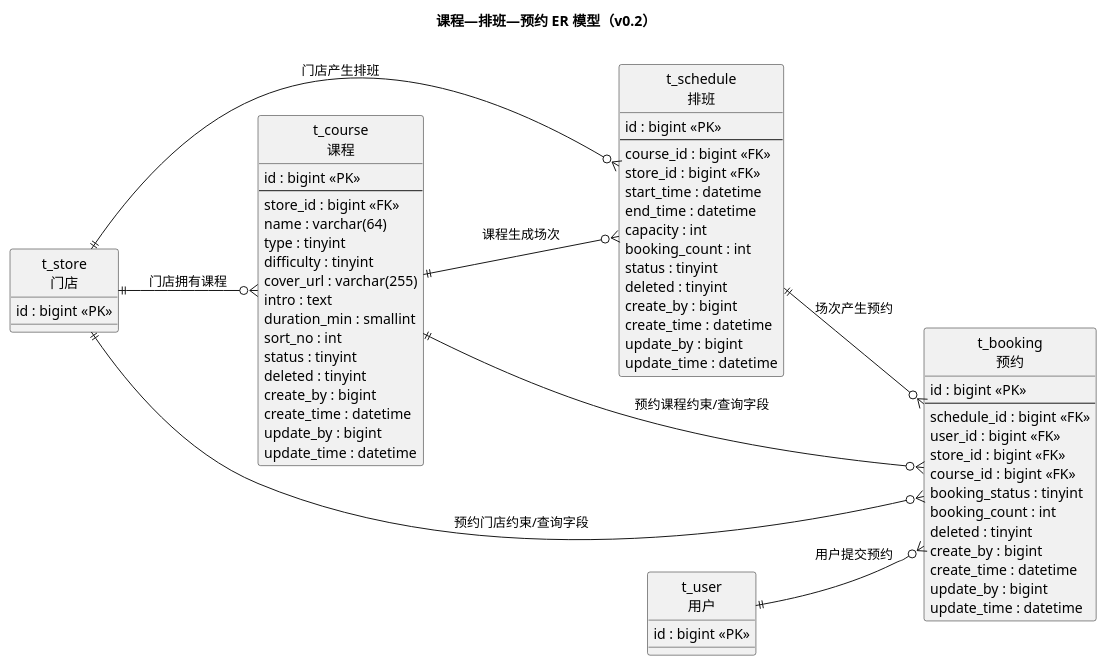
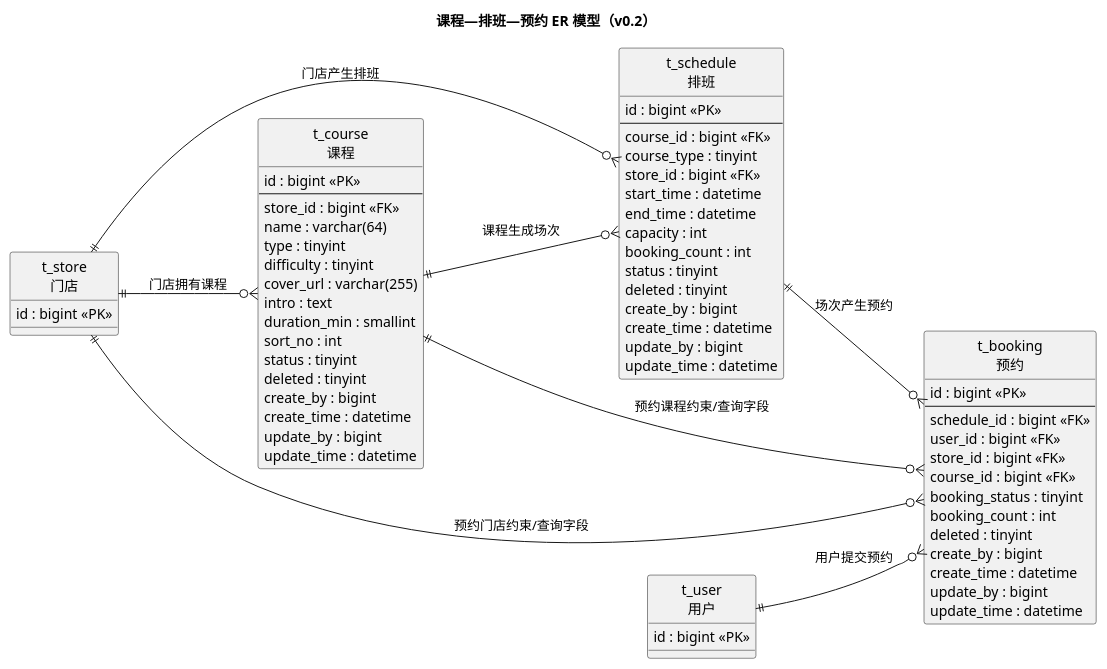
The first of 5 diagrams in docs/详细设计/详细设计.md (duo2530/techplant-yoga), drawn with PlantUML before and after one commit. The commit also changed other lines of this file and 8 other files, not shown here.

````diff
--- a/docs/详细设计/详细设计.md
+++ b/docs/详细设计/详细设计.md
@@ -76,80 +76,81 @@
 ```plantuml
 @startuml
 title 课程—排班—预约 ER 模型（v0.2）
 
 left to right direction
 hide circle
 skinparam defaultFontName Microsoft YaHei
 skinparam entity {
   BackgroundColor #FDFDFD
   BorderColor #4A7EBB
 }
 
 entity "t_course\n课程" as t_course {
   id : bigint <<PK>>
   --
   store_id : bigint <<FK>>
   name : varchar(64)
   type : tinyint
   difficulty : tinyint
   cover_url : varchar(255)
   intro : text
   duration_min : smallint
   sort_no : int
   status : tinyint
   deleted : tinyint
   create_by : bigint
   create_time : datetime
   update_by : bigint
   update_time : datetime
 }
 
 entity "t_schedule\n排班" as t_schedule {
   id : bigint <<PK>>
   --
   course_id : bigint <<FK>>
+  course_type : tinyint
   store_id : bigint <<FK>>
   start_time : datetime
   end_time : datetime
   capacity : int
   booking_count : int
   status : tinyint
   deleted : tinyint
   create_by : bigint
   create_time : datetime
   update_by : bigint
   update_time : datetime
 }
 
 entity "t_booking\n预约" as t_booking {
   id : bigint <<PK>>
   --
   schedule_id : bigint <<FK>>
   user_id : bigint <<FK>>
   store_id : bigint <<FK>>
   course_id : bigint <<FK>>
   booking_status : tinyint
   booking_count : int
   deleted : tinyint
   create_by : bigint
   create_time : datetime
   update_by : bigint
   update_time : datetime
 }
 
 entity "t_store\n门店" as t_store {
   id : bigint <<PK>>
 }
 entity "t_user\n用户" as t_user {
   id : bigint <<PK>>
 }
 
 t_store ||--o{ t_course : "门店拥有课程"
 t_store ||--o{ t_schedule : "门店产生排班"
 t_course ||--o{ t_schedule : "课程生成场次"
 t_schedule ||--o{ t_booking : "场次产生预约"
 t_user ||--o{ t_booking : "用户提交预约"
 t_store ||--o{ t_booking : "预约门店约束/查询字段"
 t_course ||--o{ t_booking : "预约课程约束/查询字段"
 @enduml
 ```
````
